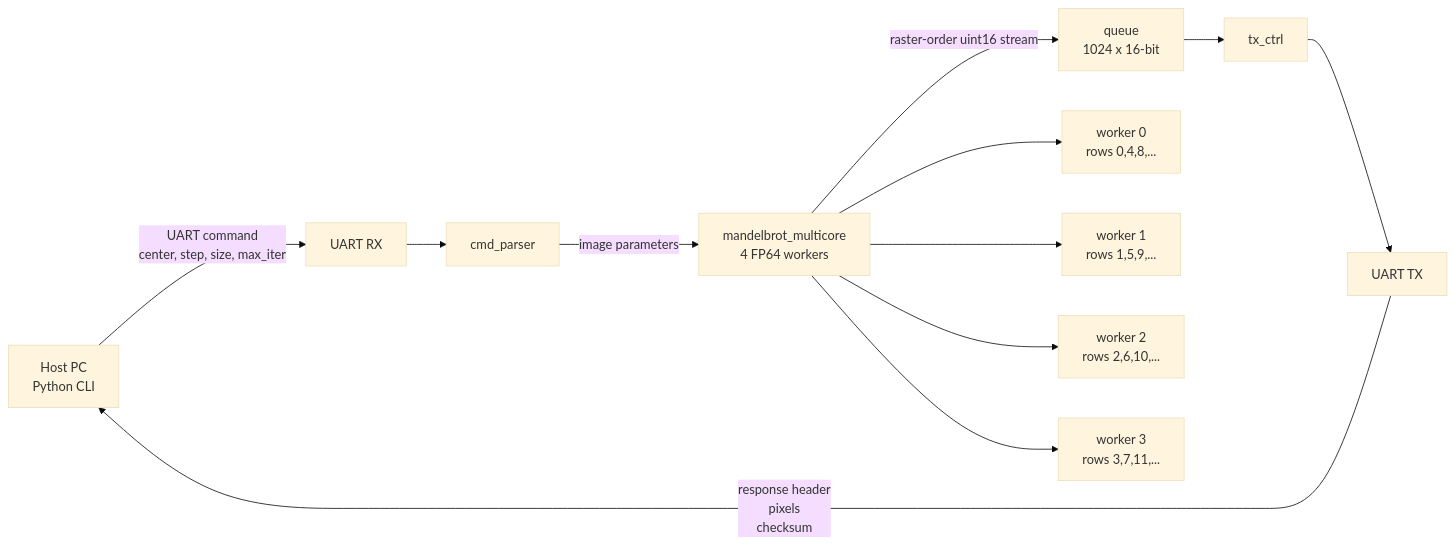
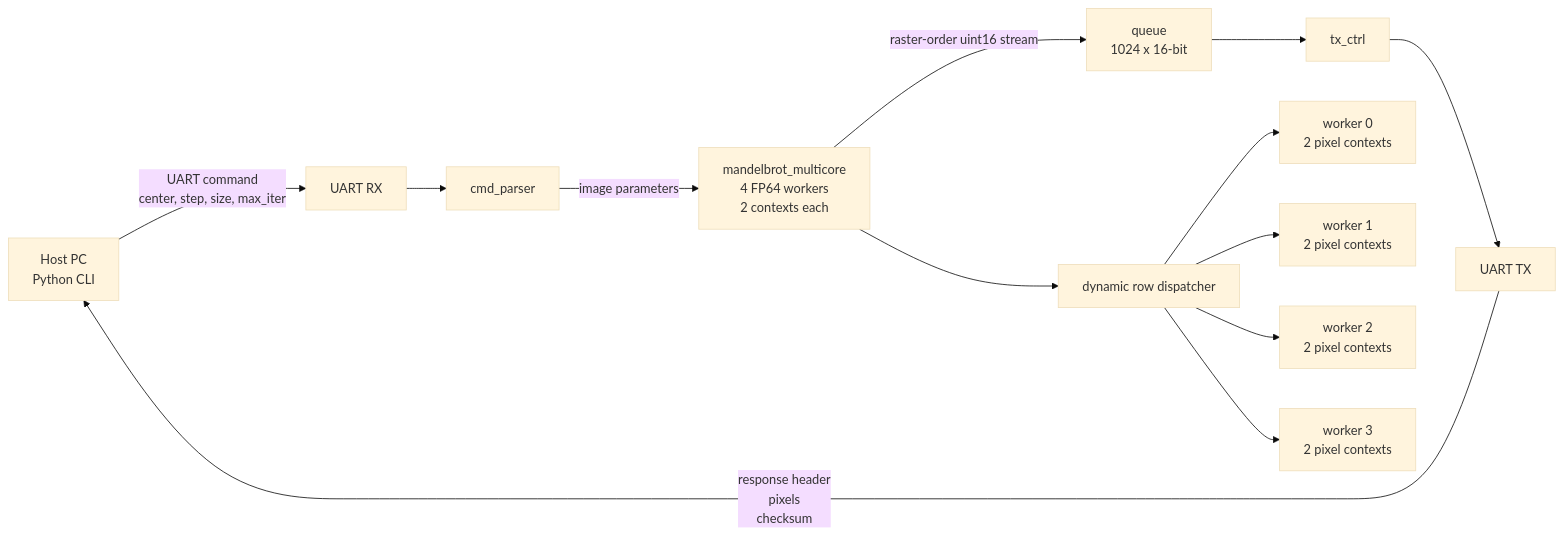
The first of 4 diagrams in README.md (RESBI/FPGA-Mandelbrot-Demo), drawn with Mermaid (base theme) before and after one commit. The commit also changed other lines of this file, not shown here.

````diff
--- a/README.md
+++ b/README.md
@@ -89,15 +102,16 @@
 ```mermaid
 flowchart LR
     PC[Host PC<br/>Python CLI] -->|UART command<br/>center, step, size, max_iter| RX[UART RX]
     RX --> Parser[cmd_parser]
-    Parser -->|image parameters| Core[mandelbrot_multicore<br/>4 FP64 workers]
+    Parser -->|image parameters| Core[mandelbrot_multicore<br/>4 FP64 workers<br/>2 contexts each]
     Core -->|raster-order uint16 stream| FIFO[queue<br/>1024 x 16-bit]
     FIFO --> TXC[tx_ctrl]
     TXC --> TX[UART TX]
     TX -->|response header<br/>pixels<br/>checksum| PC
 
-    Core --> W0[worker 0<br/>rows 0,4,8,...]
-    Core --> W1[worker 1<br/>rows 1,5,9,...]
-    Core --> W2[worker 2<br/>rows 2,6,10,...]
-    Core --> W3[worker 3<br/>rows 3,7,11,...]
+    Core --> SCHED[dynamic row dispatcher]
+    SCHED --> W0[worker 0<br/>2 pixel contexts]
+    SCHED --> W1[worker 1<br/>2 pixel contexts]
+    SCHED --> W2[worker 2<br/>2 pixel contexts]
+    SCHED --> W3[worker 3<br/>2 pixel contexts]
 ```
````
